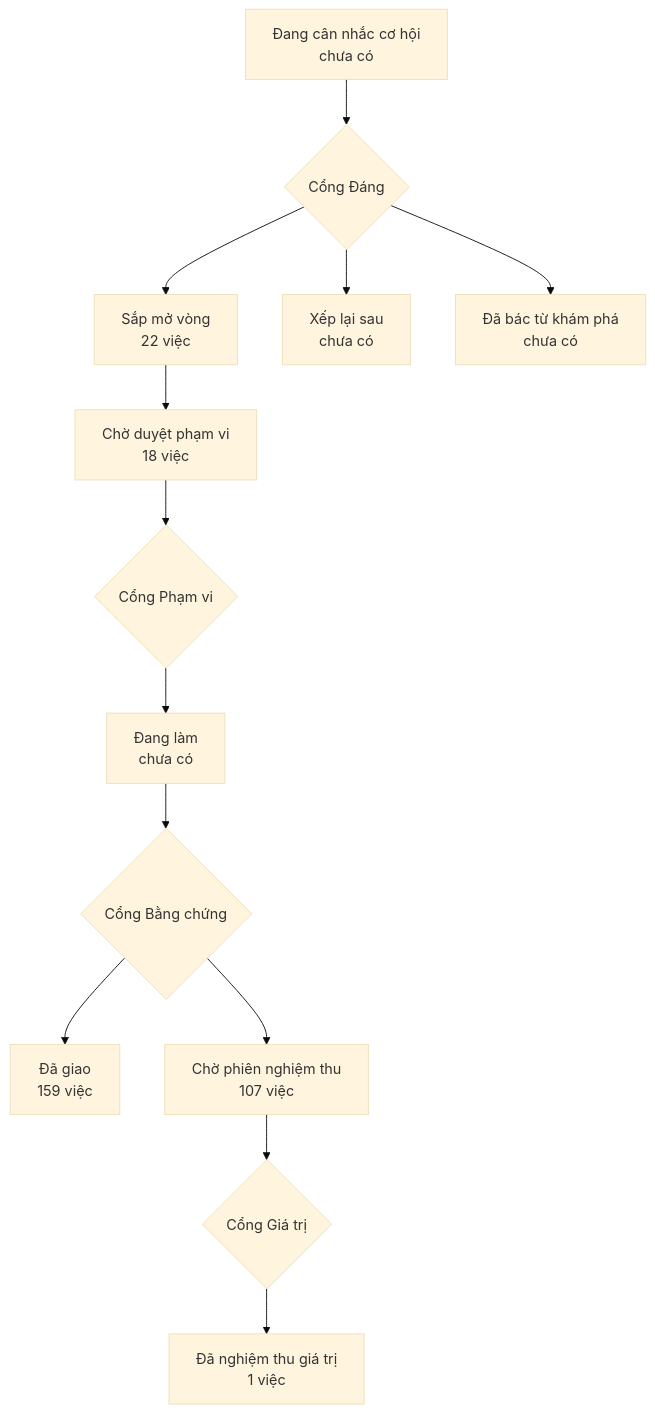
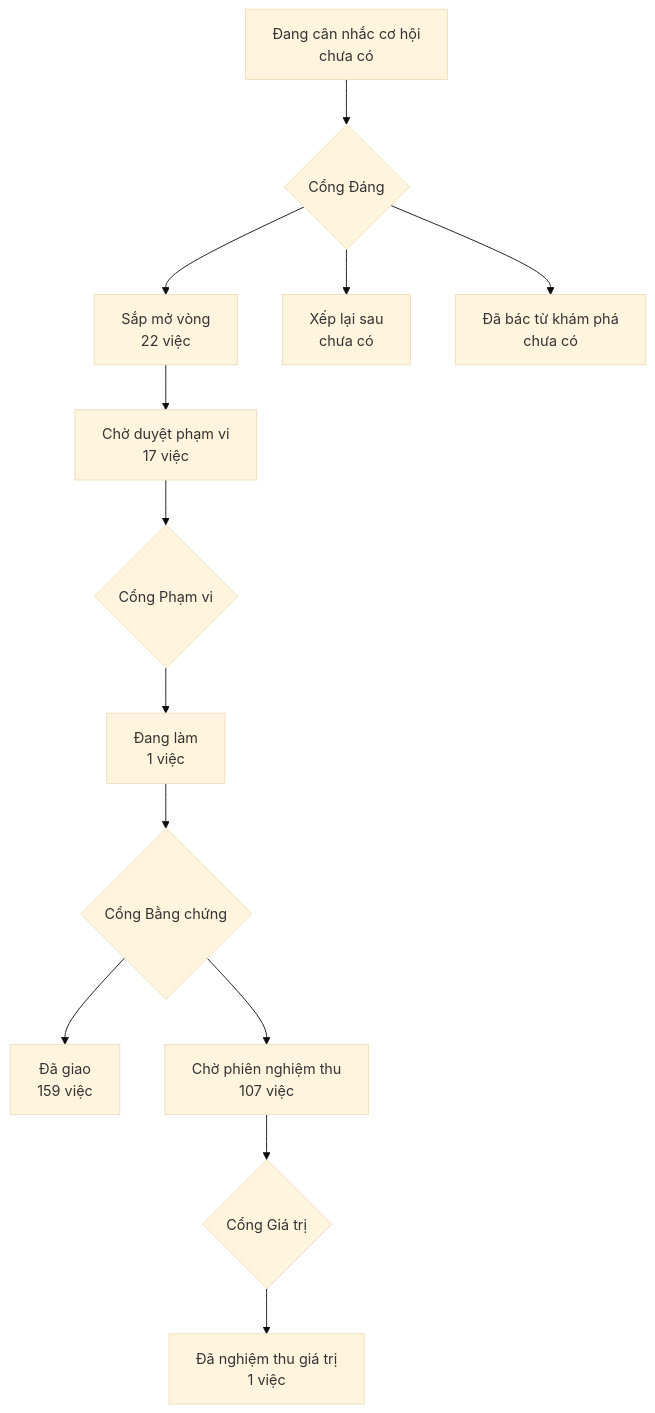
The diagram in PRODUCT-MAP.md (phanlemanh/onehub-invest), drawn with Mermaid (base theme) before and after one commit. The commit also changed other lines of this file and 2 other files, not shown here.

Commit message:
docs(acceptance): thuoc-song-song-dem-theo-ten-ca — Cổng Phạm vi đã duyệt (Mạnh 2026-11-10)

````diff
--- a/PRODUCT-MAP.md
+++ b/PRODUCT-MAP.md
@@ -7,12 +7,12 @@
 ```mermaid
 flowchart TD
   A["Đang cân nhắc cơ hội<br/>chưa có"] --> GD{"Cổng Đáng"}
   GD --> B["Sắp mở vòng<br/>22 việc"]
   GD --> XL["Xếp lại sau<br/>chưa có"]
   GD --> DB["Đã bác từ khám phá<br/>chưa có"]
-  B --> CD["Chờ duyệt phạm vi<br/>18 việc"] --> GP{"Cổng Phạm vi"}
-  GP --> DL["Đang làm<br/>chưa có"] --> GB{"Cổng Bằng chứng"}
+  B --> CD["Chờ duyệt phạm vi<br/>17 việc"] --> GP{"Cổng Phạm vi"}
+  GP --> DL["Đang làm<br/>1 việc"] --> GB{"Cổng Bằng chứng"}
   GB --> DG["Đã giao<br/>159 việc"]
   GB --> CN["Chờ phiên nghiệm thu<br/>107 việc"] --> GG{"Cổng Giá trị"}
   GG --> NT["Đã nghiệm thu giá trị<br/>1 việc"]
 ```
````
